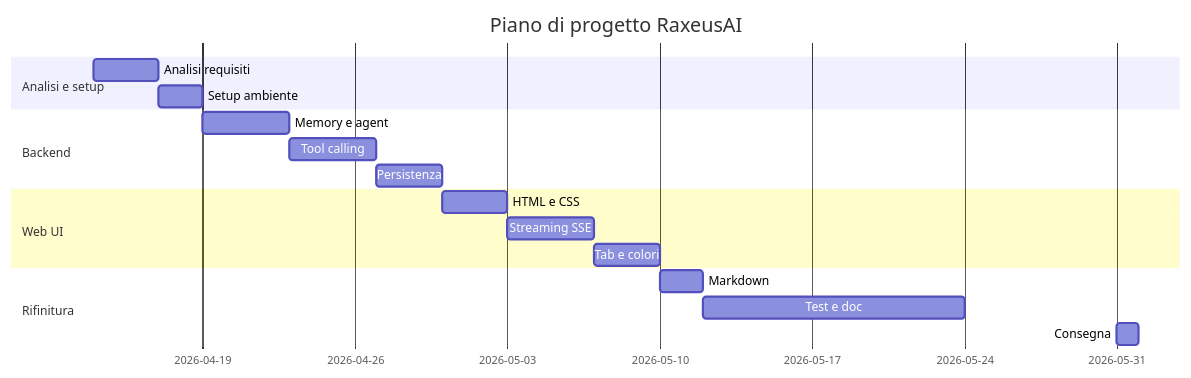
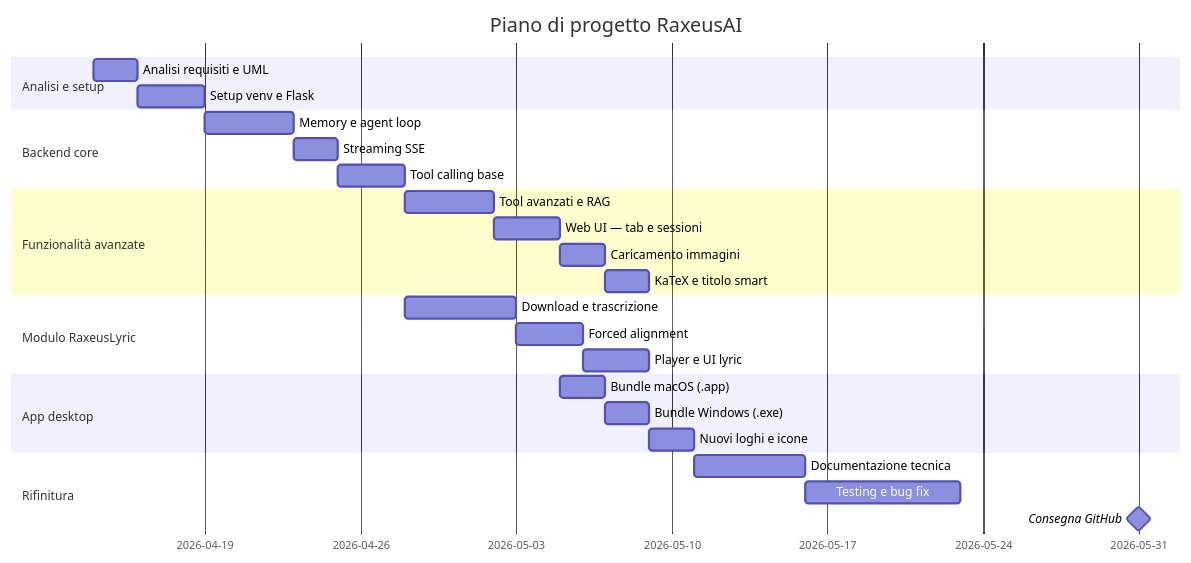
One commit to AlbertoBruscoliniMain/RaxeusAI changed the third of 3 diagrams in REQUISITI_PROGETTO.md. Above: the diagram before and after it, drawn with Mermaid. The commit also changed other lines of this file, not shown here.

Commit message:
Requisiti: aggiornamento completo con KaTeX, titolo smart e RaxeusLyric

````diff
--- a/REQUISITI_PROGETTO.md
+++ b/REQUISITI_PROGETTO.md
@@ -214,20 +324,35 @@
 ```mermaid
 gantt
     dateFormat  YYYY-MM-DD
-    title Piano di progetto RaxeusAI
+    title       Piano di progetto RaxeusAI
+
     section Analisi e setup
-    Analisi requisiti    :a1, 2026-04-14, 3d
-    Setup ambiente       :a2, after a1, 2d
-    section Backend
-    Memory e agent       :b1, after a2, 4d
-    Tool calling         :b2, after b1, 4d
-    Persistenza          :b3, after b2, 3d
-    section Web UI
-    HTML e CSS           :c1, after b3, 3d
-    Streaming SSE        :c2, after c1, 4d
-    Tab e colori         :c3, after c2, 3d
+    Analisi requisiti e UML   :a1, 2026-04-14, 2d
+    Setup venv e Flask        :a2, after a1,   3d
+
+    section Backend core
+    Memory e agent loop       :b1, after a2,   4d
+    Streaming SSE             :b2, after b1,   2d
+    Tool calling base         :b3, after b2,   3d
+
+    section Funzionalità avanzate
+    Tool avanzati e RAG       :c1, after b3,   4d
+    Web UI — tab e sessioni   :c2, after c1,   3d
+    Caricamento immagini      :c3, after c2,   2d
+    KaTeX e titolo smart      :c4, after c3,   2d
+
+    section Modulo RaxeusLyric
+    Download e trascrizione   :d1, after b3,   5d
+    Forced alignment          :d2, after d1,   3d
+    Player e UI lyric         :d3, after d2,   3d
+
+    section App desktop
+    Bundle macOS (.app)       :e1, after c2,   2d
+    Bundle Windows (.exe)     :e2, after e1,   2d
+    Nuovi loghi e icone       :e3, after e2,   2d
+
     section Rifinitura
-    Markdown             :d1, after c3, 2d
-    Test e doc           :d2, after d1, 12d
-    Consegna             :d3, 2026-05-31, 1d
+    Documentazione tecnica    :f1, after e3,   5d
+    Testing e bug fix         :f2, after f1,   7d
+    Consegna GitHub           :milestone, 2026-05-31, 0d
 ```
````
